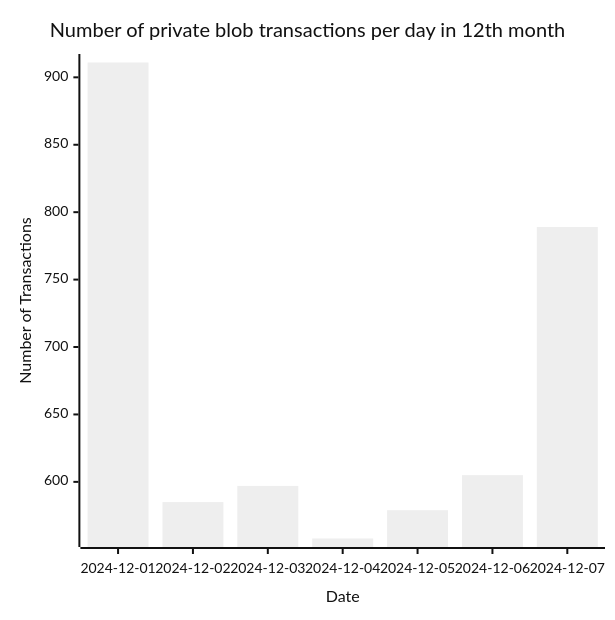
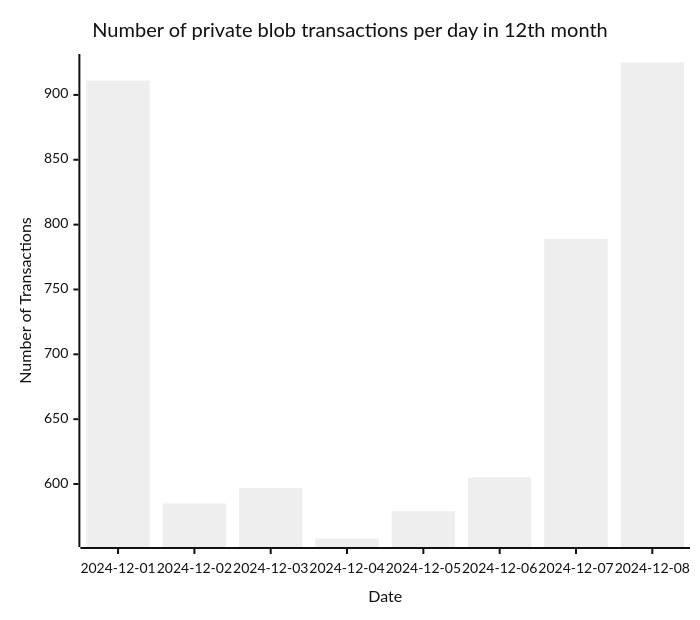
One commit to Amit0617/eip4844-data changed the diagram in README.md. Above: the diagram before and after it, drawn with Mermaid (neutral theme). The commit also changed 1 other file, not shown here.

````diff
--- a/README.md
+++ b/README.md
@@ -1,12 +1,12 @@
 ```mermaid
 ---
 config:
     xyChart:
-        width: 595
+        width: 680
         height: 600
 ---
 xychart-beta title "Number of private blob transactions per day in 12th month"
-x-axis "Date" [2024-12-01,2024-12-02,2024-12-03,2024-12-04,2024-12-05,2024-12-06,2024-12-07]
+x-axis "Date" [2024-12-01,2024-12-02,2024-12-03,2024-12-04,2024-12-05,2024-12-06,2024-12-07,2024-12-08]
 y-axis "Number of Transactions"
-bar[911,585,597,558,579,605,789]
+bar[911,585,597,558,579,605,789,925]
 ```
````
